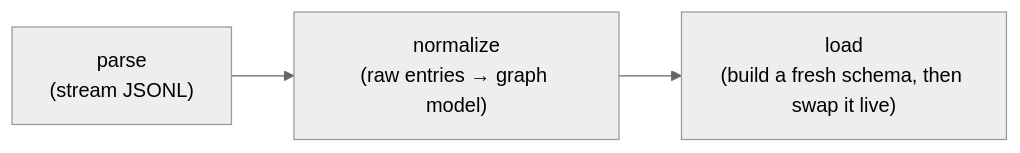
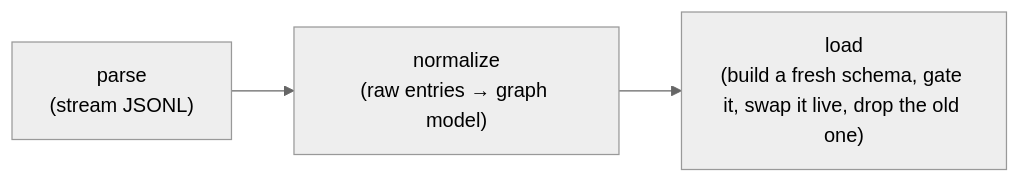
The diagram in etl/README.md (van-riper/etymyriad), drawn with Mermaid (neutral theme) before and after one commit. The commit also changed other lines of this file and 3 other files, not shown here.

````diff
--- a/etl/README.md
+++ b/etl/README.md
@@ -5,4 +5,4 @@
 ```mermaid
 flowchart LR
-    parse["parse<br/>(stream JSONL)"] --> normalize["normalize<br/>(raw entries → graph model)"] --> load["load<br/>(build a fresh schema, then swap it live)"]
+    parse["parse<br/>(stream JSONL)"] --> normalize["normalize<br/>(raw entries → graph model)"] --> load["load<br/>(build a fresh schema, gate it, swap it live, drop the old one)"]
 ```
````
